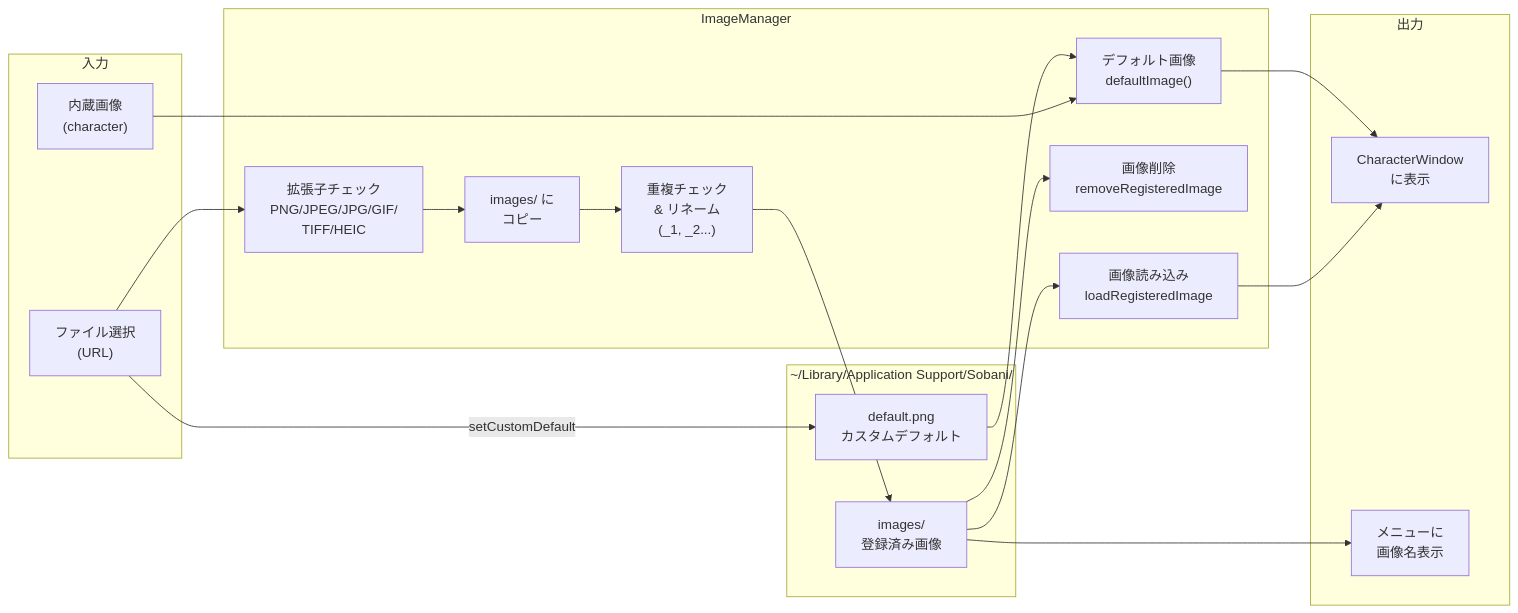
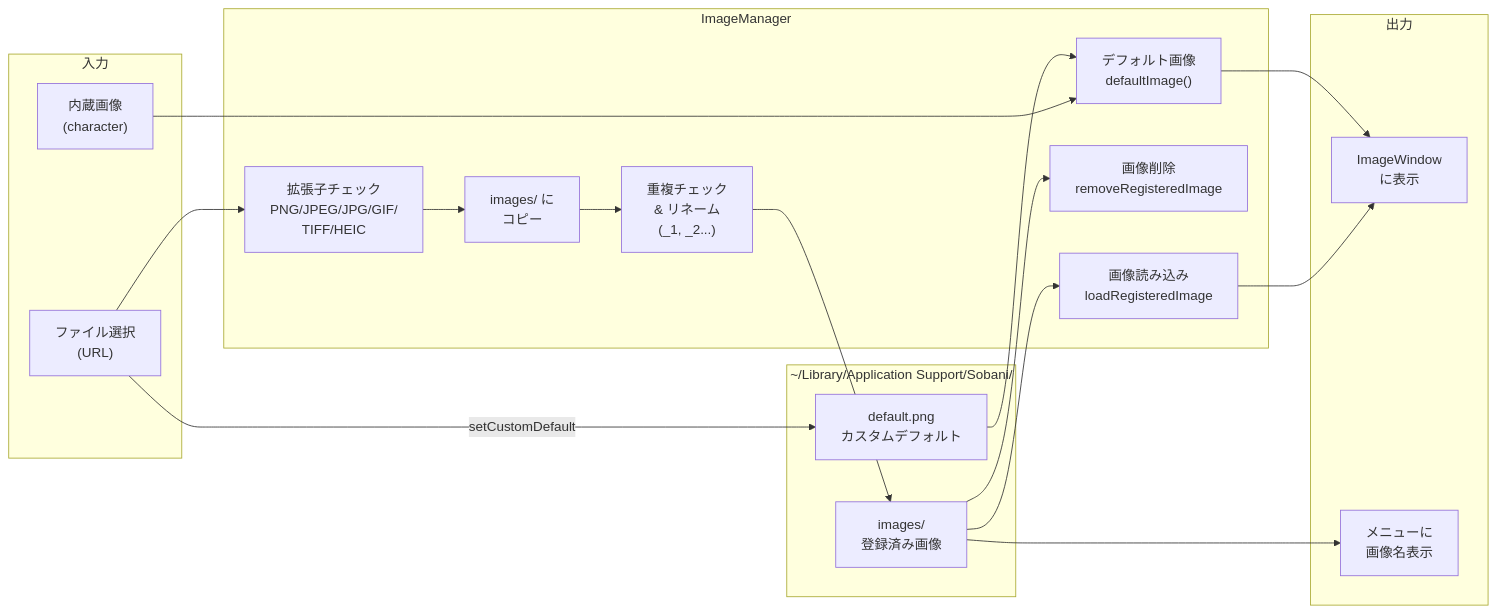
The second of 5 diagrams in docs/guide/data-flow.md (shiroemons/sobani), drawn with Mermaid before and after one commit. The commit also changed other lines of this file and 27 other files, not shown here.

Commit message:
refactor: CharacterWindow を ImageWindow にリネーム

````diff
--- a/docs/guide/data-flow.md
+++ b/docs/guide/data-flow.md
@@ -137,34 +137,34 @@
 ```mermaid
 flowchart LR
     subgraph 入力
         URL["ファイル選択<br/>(URL)"]
         BI["内蔵画像<br/>(character)"]
     end
 
     subgraph ImageManager
         EC["拡張子チェック<br/>PNG/JPEG/JPG/GIF/<br/>TIFF/HEIC"]
         CP["images/ に<br/>コピー"]
         RN["重複チェック<br/>& リネーム<br/>(_1, _2...)"]
         LD["画像読み込み<br/>loadRegisteredImage"]
         DEL["画像削除<br/>removeRegisteredImage"]
         DF["デフォルト画像<br/>defaultImage()"]
     end
 
     subgraph 保存先["~/Library/Application Support/Sobani/"]
         IMG["images/<br/>登録済み画像"]
         DFLT["default.png<br/>カスタムデフォルト"]
     end
 
     subgraph 出力
-        WIN["CharacterWindow<br/>に表示"]
+        WIN["ImageWindow<br/>に表示"]
         MENU["メニューに<br/>画像名表示"]
     end
 
     URL --> EC --> CP --> RN --> IMG
     IMG --> LD --> WIN
     IMG --> MENU
     IMG --> DEL
     BI --> DF --> WIN
     DFLT --> DF
     URL -->|setCustomDefault| DFLT
 ```
````
